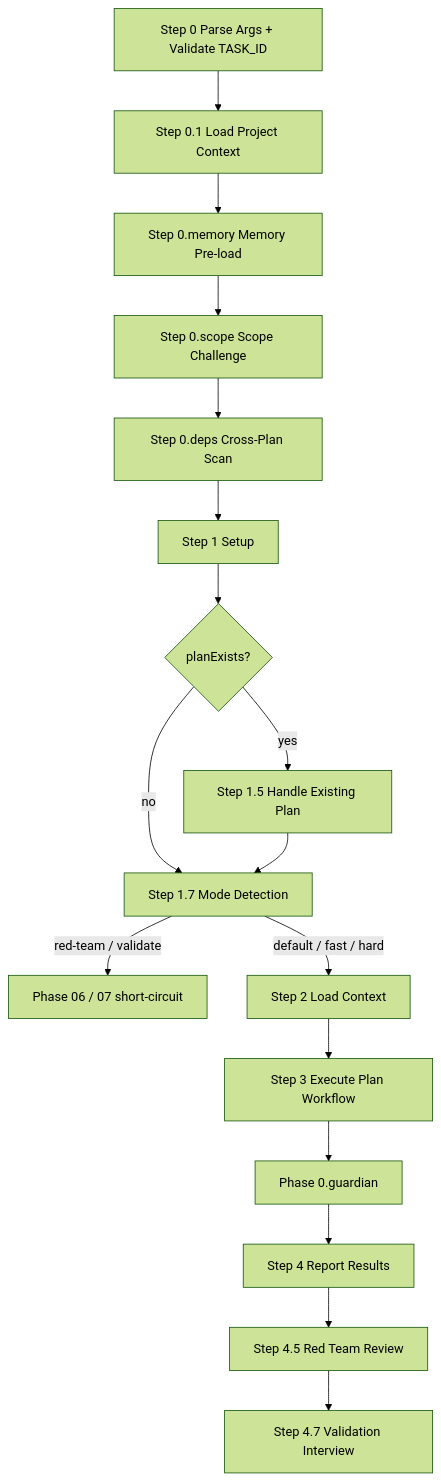
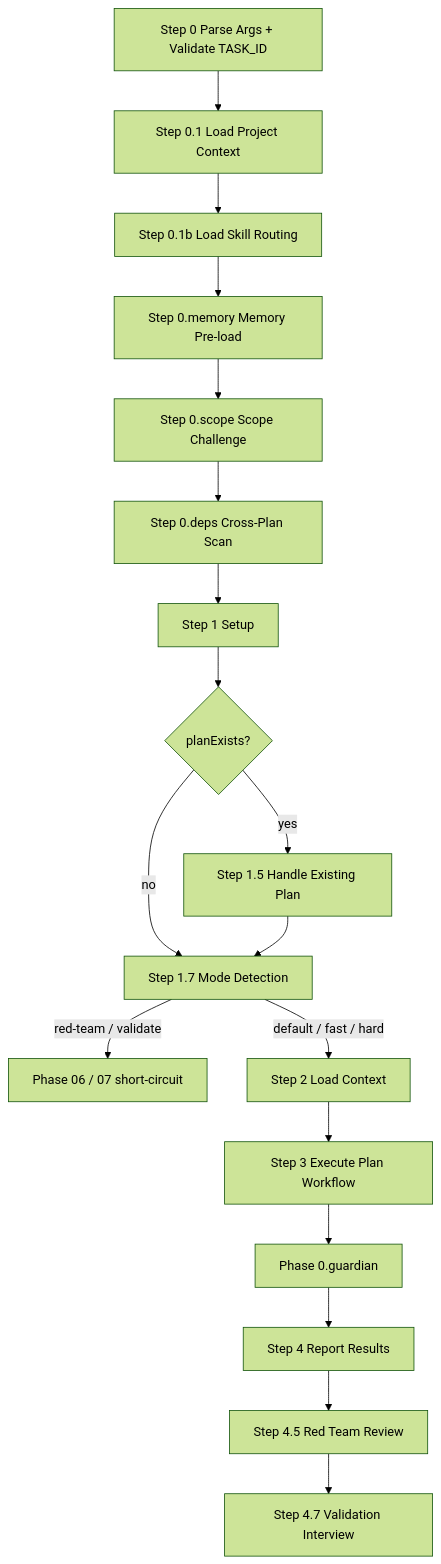
The diagram in .specify/plugins/tdk-core/skills/tdk-plan/SKILL.md (vinhltt/tdk), drawn with Mermaid (forest theme) before and after one commit. The commit also changed other lines of this file and 13 other files, not shown here.

````diff
--- a/.specify/plugins/tdk-core/skills/tdk-plan/SKILL.md
+++ b/.specify/plugins/tdk-core/skills/tdk-plan/SKILL.md
@@ -58,19 +58,20 @@
 ```mermaid
 flowchart TD
     A[Step 0 Parse Args + Validate TASK_ID] --> B[Step 0.1 Load Project Context]
-    B --> C[Step 0.memory Memory Pre-load]
+    B --> B2[Step 0.1b Load Skill Routing]
+    B2 --> C[Step 0.memory Memory Pre-load]
     C --> S[Step 0.scope Scope Challenge]
     S --> X[Step 0.deps Cross-Plan Scan]
     X --> D[Step 1 Setup]
     D --> E{planExists?}
     E -->|yes| F[Step 1.5 Handle Existing Plan]
     E -->|no| M[Step 1.7 Mode Detection]
     F --> M
     M -->|red-team / validate| RT[Phase 06 / 07 short-circuit]
     M -->|default / fast / hard| G[Step 2 Load Context]
     G --> H[Step 3 Execute Plan Workflow]
     H --> I[Phase 0.guardian]
     I --> J[Step 4 Report Results]
     J --> RT2[Step 4.5 Red Team Review]
     RT2 --> V[Step 4.7 Validation Interview]
 ```
````
